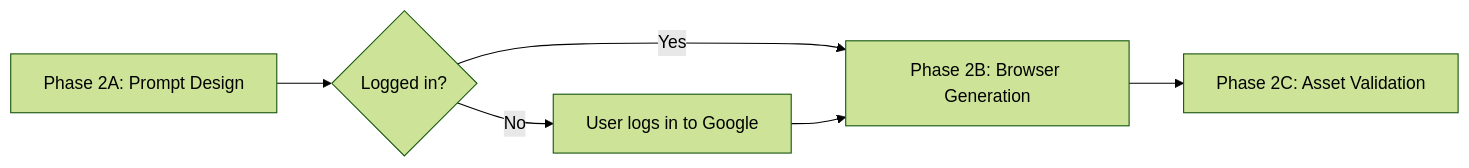
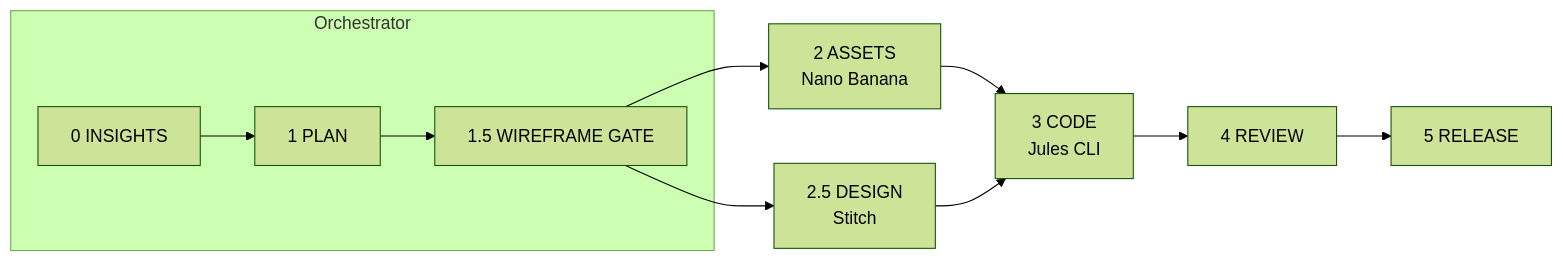
One commit to keeponfirst/keeponfirst-agentic-workflow-starter changed the diagram in README.md. Above: the diagram before and after it, drawn with Mermaid (forest theme). The commit also changed other lines of this file and 30 other files, not shown here.

````diff
--- a/README.md
+++ b/README.md
@@ -501,8 +63,11 @@
 ```mermaid
 flowchart LR
-    A[Phase 2A: Prompt Design] --> B{Logged in?}
-    B -->|Yes| C[Phase 2B: Browser Generation]
-    B -->|No| D[User logs in to Google]
-    D --> C
-    C --> E[Phase 2C: Asset Validation]
+    subgraph Orchestrator
+        A[0 INSIGHTS] --> B[1 PLAN] --> C[1.5 WIREFRAME GATE]
+    end
+    C --> D[2 ASSETS<br/>Nano Banana]
+    C --> E[2.5 DESIGN<br/>Stitch]
+    D --> F[3 CODE<br/>Jules CLI]
+    E --> F
+    F --> G[4 REVIEW] --> H[5 RELEASE]
 ```
````
